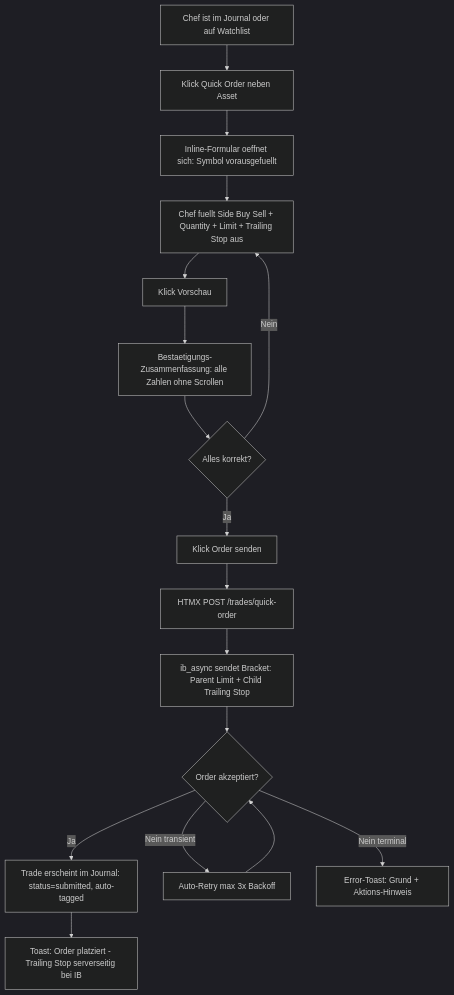
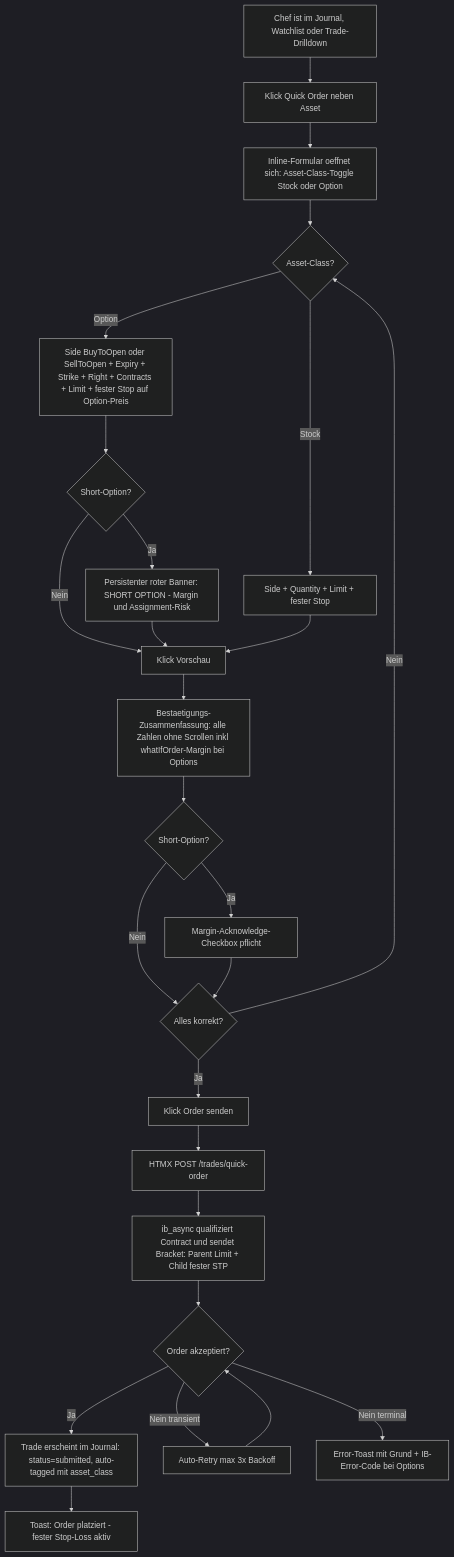
One commit to gameplanXXL/ctrader changed the fourth of 4 diagrams in _bmad-output/planning-artifacts/ux-design-specification.md. Above: the diagram before and after it, drawn with Mermaid (dark theme). The commit also changed other lines of this file and 4 other files, not shown here.

````diff
--- a/_bmad-output/planning-artifacts/ux-design-specification.md
+++ b/_bmad-output/planning-artifacts/ux-design-specification.md
@@ -906,19 +908,28 @@
 ```mermaid
 flowchart TD
-    A[Chef ist im Journal oder auf Watchlist] --> B[Klick Quick Order neben Asset]
-    B --> C[Inline-Formular oeffnet sich: Symbol vorausgefuellt]
-    C --> D[Chef fuellt Side Buy Sell + Quantity + Limit + Trailing Stop aus]
-    D --> E[Klick Vorschau]
-    E --> F[Bestaetigungs-Zusammenfassung: alle Zahlen ohne Scrollen]
-    F --> G{Alles korrekt?}
+    A[Chef ist im Journal, Watchlist oder Trade-Drilldown] --> B[Klick Quick Order neben Asset]
+    B --> C[Inline-Formular oeffnet sich: Asset-Class-Toggle Stock oder Option]
+    C --> D{Asset-Class?}
+    D -->|Stock| DS[Side + Quantity + Limit + fester Stop]
+    D -->|Option| DO[Side BuyToOpen oder SellToOpen + Expiry + Strike + Right + Contracts + Limit + fester Stop auf Option-Preis]
+    DO --> DW{Short-Option?}
+    DW -->|Ja| DB[Persistenter roter Banner: SHORT OPTION - Margin und Assignment-Risk]
+    DW -->|Nein| E[Klick Vorschau]
+    DB --> E
+    DS --> E
+    E --> F[Bestaetigungs-Zusammenfassung: alle Zahlen ohne Scrollen inkl whatIfOrder-Margin bei Options]
+    F --> FM{Short-Option?}
+    FM -->|Ja| FC[Margin-Acknowledge-Checkbox pflicht]
+    FM -->|Nein| G{Alles korrekt?}
+    FC --> G
     G -->|Ja| H[Klick Order senden]
     G -->|Nein| D
     H --> I[HTMX POST /trades/quick-order]
-    I --> J[ib_async sendet Bracket: Parent Limit + Child Trailing Stop]
+    I --> J[ib_async qualifiziert Contract und sendet Bracket: Parent Limit + Child fester STP]
     J --> K{Order akzeptiert?}
-    K -->|Ja| L[Trade erscheint im Journal: status=submitted, auto-tagged]
+    K -->|Ja| L[Trade erscheint im Journal: status=submitted, auto-tagged mit asset_class]
     K -->|Nein transient| M[Auto-Retry max 3x Backoff]
-    K -->|Nein terminal| N[Error-Toast: Grund + Aktions-Hinweis]
+    K -->|Nein terminal| N[Error-Toast mit Grund + IB-Error-Code bei Options]
     M --> K
-    L --> O[Toast: Order platziert - Trailing Stop serverseitig bei IB]
+    L --> O[Toast: Order platziert - fester Stop-Loss aktiv]
 ```
````
